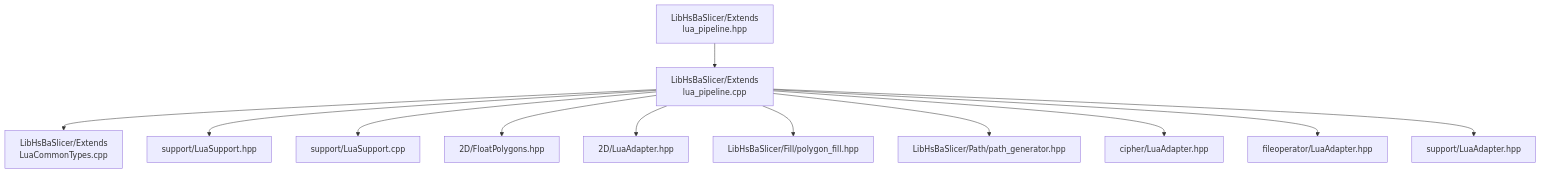
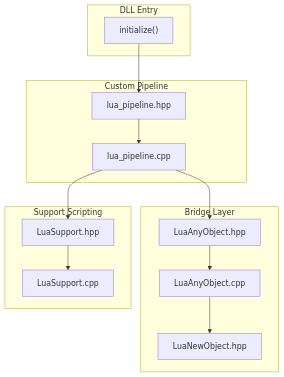
The first of 7 diagrams in .qoder/repowiki/en/content/Lua Scripting System/Lua Environment Setup.md (hsmbanlance/HsBaSlicer), drawn with Mermaid before and after one commit. The commit also changed other lines of this file and 1095 other files, not shown here.

````diff
--- a/.qoder/repowiki/en/content/Lua Scripting System/Lua Environment Setup.md
+++ b/.qoder/repowiki/en/content/Lua Scripting System/Lua Environment Setup.md
@@ -38,14 +44,26 @@
 ```mermaid
 graph TB
-A["LibHsBaSlicer/Extends<br/>lua_pipeline.hpp"] --> B["LibHsBaSlicer/Extends<br/>lua_pipeline.cpp"]
-B --> C["LibHsBaSlicer/Extends<br/>LuaCommonTypes.cpp"]
-B --> D["support/LuaSupport.hpp"]
-B --> E["support/LuaSupport.cpp"]
-B --> F["2D/FloatPolygons.hpp"]
-B --> G["2D/LuaAdapter.hpp"]
-B --> H["LibHsBaSlicer/Fill/polygon_fill.hpp"]
-B --> I["LibHsBaSlicer/Path/path_generator.hpp"]
-B --> J["cipher/LuaAdapter.hpp"]
-B --> K["fileoperator/LuaAdapter.hpp"]
-B --> L["support/LuaAdapter.hpp"]
+subgraph "DLL Entry"
+Init["initialize()"]
+end
+subgraph "Custom Pipeline"
+LPH["lua_pipeline.hpp"]
+LPC["lua_pipeline.cpp"]
+end
+subgraph "Bridge Layer"
+LAO_H["LuaAnyObject.hpp"]
+LAO_C["LuaAnyObject.cpp"]
+LNO["LuaNewObject.hpp"]
+end
+subgraph "Support Scripting"
+LS_H["LuaSupport.hpp"]
+LS_C["LuaSupport.cpp"]
+end
+Init --> LPH
+LPH --> LPC
+LPC --> LAO_H
+LAO_H --> LAO_C
+LAO_C --> LNO
+LPC --> LS_H
+LS_H --> LS_C
 ```
````
